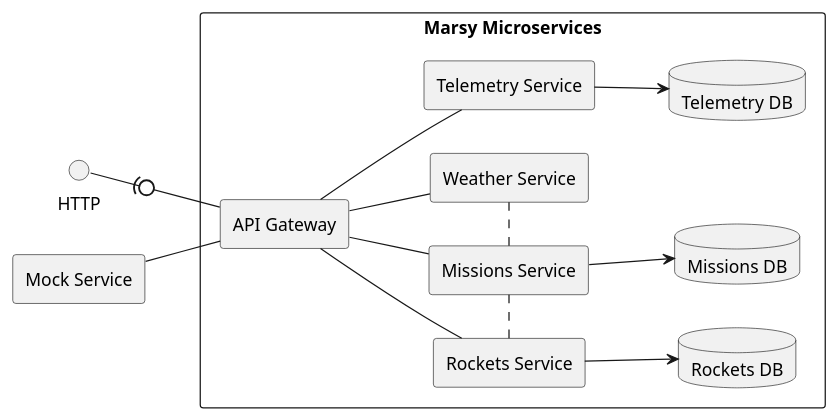
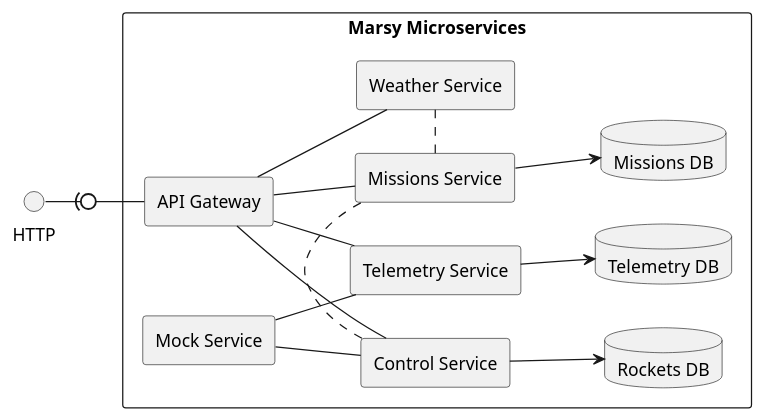
The diagram in docs/architecture-diagram.wsd (ImeneYAHIAOUI/MARS-Y), drawn with PlantUML before and after one commit. The commit also changed 35 other files, not shown here.

```diff
--- a/docs/architecture-diagram.wsd
+++ b/docs/architecture-diagram.wsd
@@ -1,42 +1,43 @@
 @startuml
 skinparam componentStyle rectangle
 left to right direction
 
 
 rectangle "Marsy Microservices" as backend {
 
 
     component "Missions Service" as s_mission     
     
-    component "Rockets Service" as s_rocket
+    component "Control Service" as s_rocket
     component "Weather Service" as s_weather
 
     component "Telemetry Service" as s_telemtry
 
     component "API Gateway" as api_gateway
 
     database "Rockets DB" as db_rockets
     database "Missions DB" as db_missions
     database "Telemetry DB" as db_telemetry
 
     api_gateway -- s_mission
     api_gateway -- s_rocket
     api_gateway -- s_weather
     api_gateway -- s_telemtry
 
     s_mission .left. s_rocket
     s_mission .right. s_weather
 
     s_mission --> db_missions
     s_rocket --> db_rockets
     s_telemtry --> db_telemetry
+
+    component "Mock Service" as s_mock
+
+    s_mock -- s_telemtry
+    s_mock -- s_rocket
 }
-
-component "Mock Service" as s_mock
-
-s_mock -- api_gateway
 
 api_gateway -u0)- HTTP
 
 
 @enduml
```
